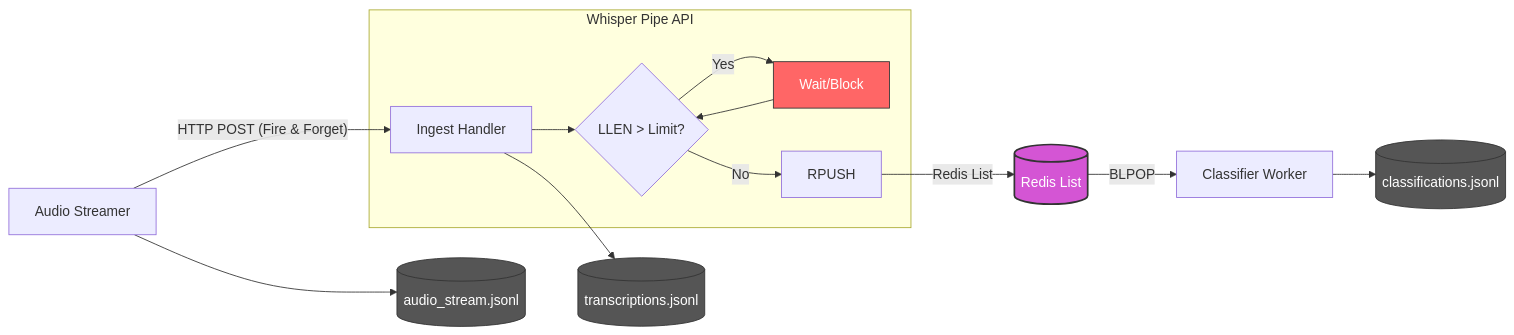
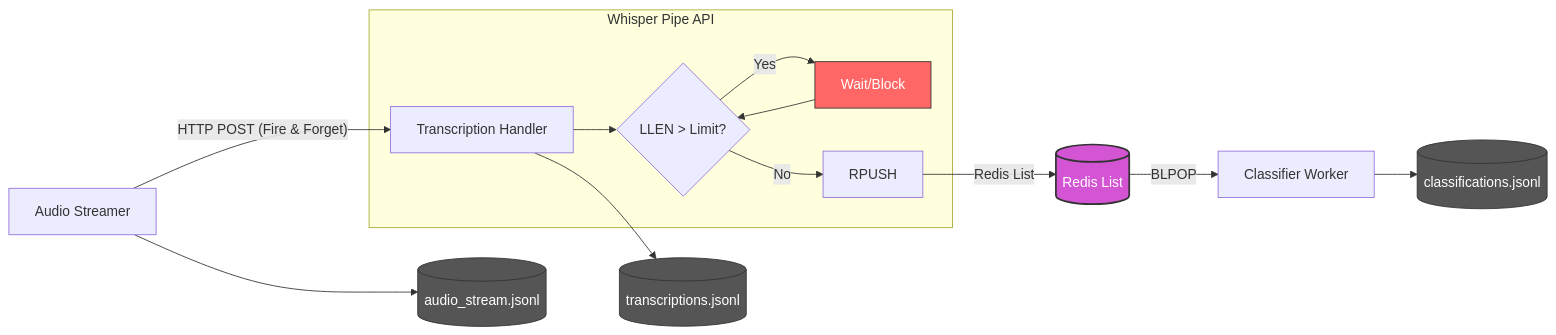
Before and after one commit to yezdata/pyconv: the diagram in README.md, drawn with Mermaid. The commit also changed other lines of this file, not shown here.

````diff
--- a/README.md
+++ b/README.md
@@ -36,24 +19,24 @@
 ```mermaid
 flowchart LR
     A[Audio Streamer] --> L1[(audio_stream.jsonl)]
     A -- "HTTP POST (Fire & Forget)" --> B
     
     subgraph API [Whisper Pipe API]
-        B[Ingest Handler] --> P{LLEN > Limit?}
+        B[Transcription Handler] --> P{LLEN > Limit?}
         P -- "Yes" --> W[Wait/Block]
         W --> P
         P -- "No" --> R
         R[RPUSH]
     end
 
     B --> L2[(transcriptions.jsonl)]
     R -->|Redis List| RL[(Redis List)]
     RL -->|BLPOP| C[Classifier Worker]
     C --> L3[(classifications.jsonl)]
 
     style RL fill:#d455d4,stroke:#333,stroke-width:2px,color:#fff
     style L1 fill:#555,stroke:#333,color:#fff
     style L2 fill:#555,stroke:#333,color:#fff
     style L3 fill:#555,stroke:#333,color:#fff
     style W fill:#f66,stroke:#333,color:#fff
 ```
````
